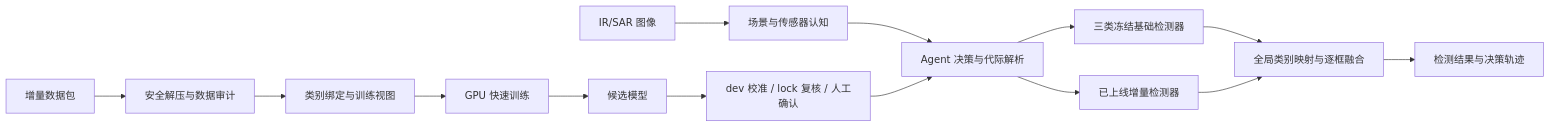
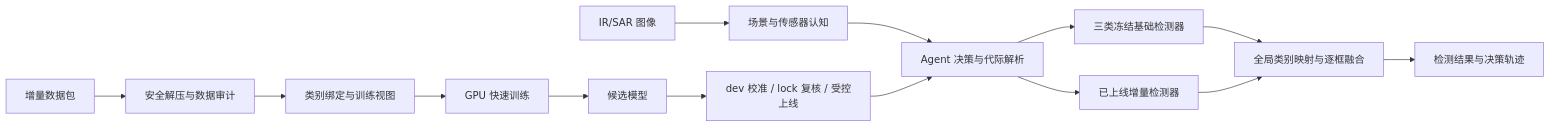
Before and after one commit to Sakauma/AgileAgent: the diagram in README.md, drawn with Mermaid. The commit also changed other lines of this file, not shown here.

````diff
--- a/README.md
+++ b/README.md
@@ -17,17 +17,17 @@
 ```mermaid
 flowchart LR
     A["IR/SAR 图像"] --> B["场景与传感器认知"]
     B --> C["Agent 决策与代际解析"]
     C --> D["三类冻结基础检测器"]
     C --> E["已上线增量检测器"]
     D --> F["全局类别映射与逐框融合"]
     E --> F
     F --> G["检测结果与决策轨迹"]
 
     H["增量数据包"] --> I["安全解压与数据审计"]
     I --> J["类别绑定与训练视图"]
     J --> K["GPU 快速训练"]
     K --> L["候选模型"]
-    L --> M["dev 校准 / lock 复核 / 人工确认"]
+    L --> M["dev 校准 / lock 复核 / 受控上线"]
     M --> C
 ```
````
